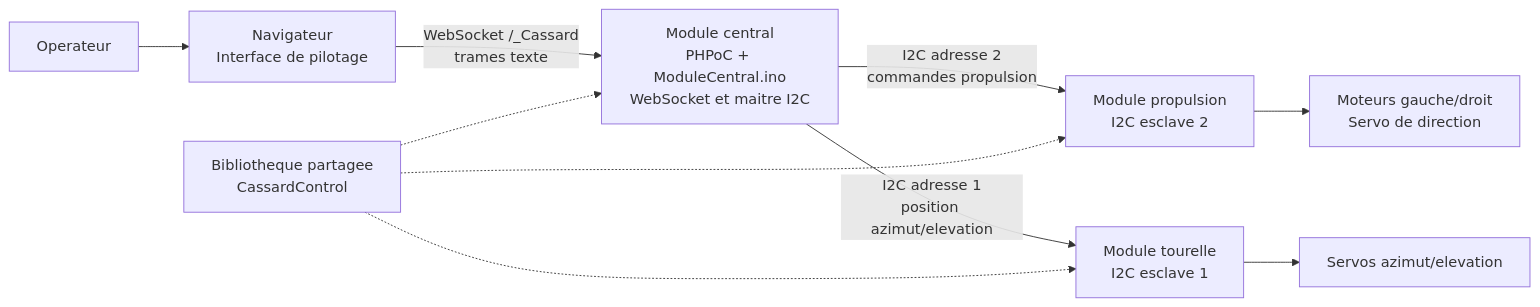
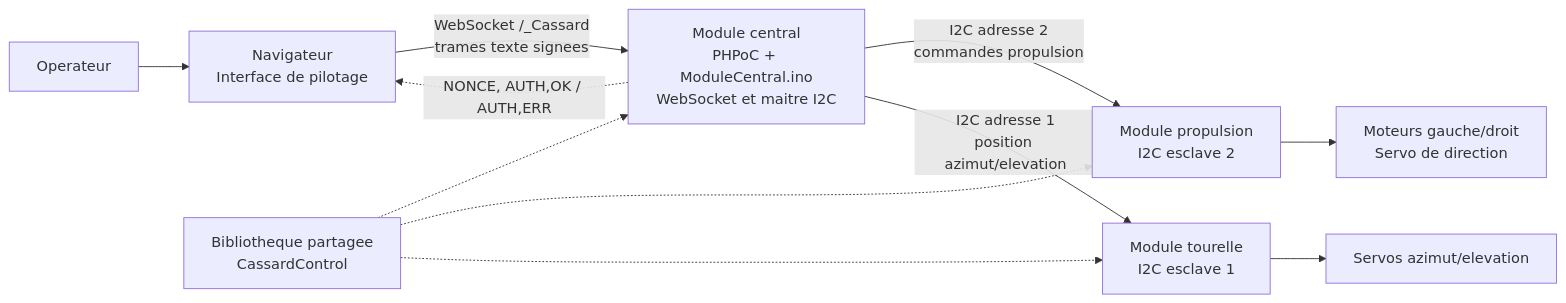
One commit to denpas/CassardRepository changed the first of 2 diagrams in Pilotage/docs/architecture.md. Above: the diagram before and after it, drawn with Mermaid. The commit also changed other lines of this file and 2 other files, not shown here.

````diff
--- a/Pilotage/docs/architecture.md
+++ b/Pilotage/docs/architecture.md
@@ -5,21 +5,22 @@
 ```mermaid
 flowchart LR
     operator["Operateur"]
     browser["Navigateur<br/>Interface de pilotage"]
     central["Module central<br/>PHPoC + ModuleCentral.ino<br/>WebSocket et maitre I2C"]
     propulsion["Module propulsion<br/>I2C esclave 2"]
     turret["Module tourelle<br/>I2C esclave 1"]
     propulsionActuators["Moteurs gauche/droit<br/>Servo de direction"]
     turretActuators["Servos azimut/elevation"]
     shared["Bibliotheque partagee<br/>CassardControl"]
 
     operator --> browser
-    browser -->|"WebSocket /_Cassard<br/>trames texte"| central
+    browser -->|"WebSocket /_Cassard<br/>trames texte signees"| central
+    central -.->|"NONCE, AUTH,OK / AUTH,ERR"| browser
     central -->|"I2C adresse 2<br/>commandes propulsion"| propulsion
     central -->|"I2C adresse 1<br/>position azimut/elevation"| turret
     propulsion --> propulsionActuators
     turret --> turretActuators
     shared -.-> central
     shared -.-> propulsion
     shared -.-> turret
 ```
````
